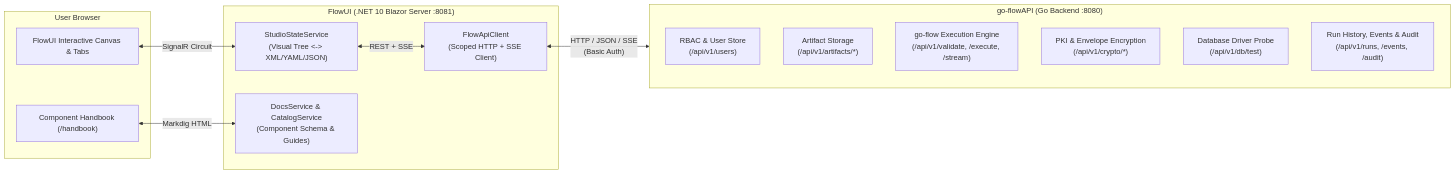
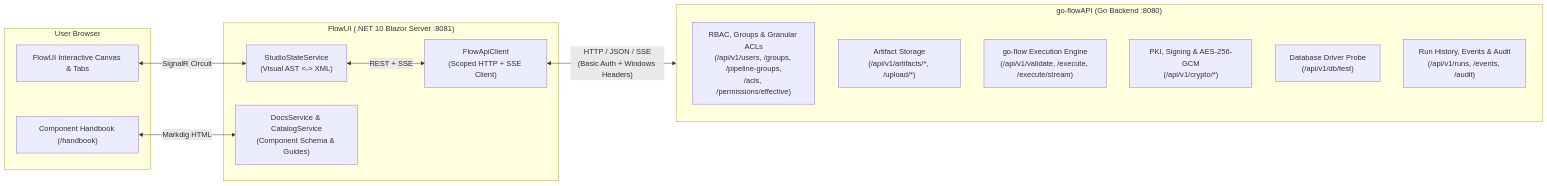
Before and after one commit to etl-madness/FlowUI: the diagram in FlowUI/Docs/flowui_and_goflowapi.md, drawn with Mermaid. The commit also changed other lines of this file and 21 other files, not shown here.

````diff
--- a/FlowUI/Docs/flowui_and_goflowapi.md
+++ b/FlowUI/Docs/flowui_and_goflowapi.md
@@ -75,27 +77,27 @@
 ```mermaid
 flowchart LR
     subgraph Browser["User Browser"]
         UI["FlowUI Interactive Canvas & Tabs"]
         HB["Component Handbook (/handbook)"]
     end
 
     subgraph FlowUI["FlowUI (.NET 10 Blazor Server :8081)"]
-        State["StudioStateService\n(Visual Tree <-> XML/YAML/JSON)"]
+        State["StudioStateService\n(Visual AST <-> XML)"]
         Docs["DocsService & CatalogService\n(Component Schema & Guides)"]
         Client["FlowApiClient\n(Scoped HTTP + SSE Client)"]
     end
 
     subgraph GoFlowAPI["go-flowAPI (Go Backend :8080)"]
-        Auth["RBAC & User Store\n(/api/v1/users)"]
-        Artifacts["Artifact Storage\n(/api/v1/artifacts/*)"]
-        Engine["go-flow Execution Engine\n(/api/v1/validate, /execute, /stream)"]
-        Crypto["PKI & Envelope Encryption\n(/api/v1/crypto/*)"]
+        Auth["RBAC, Groups & Granular ACLs\n(/api/v1/users, /groups, /pipeline-groups,\n/acls, /permissions/effective)"]
+        Artifacts["Artifact Storage\n(/api/v1/artifacts/*, /upload/*)"]
+        Engine["go-flow Execution Engine\n(/api/v1/validate, /execute, /execute/stream)"]
+        Crypto["PKI, Signing & AES-256-GCM\n(/api/v1/crypto/*)"]
         DBTest["Database Driver Probe\n(/api/v1/db/test)"]
         Telemetry["Run History, Events & Audit\n(/api/v1/runs, /events, /audit)"]
     end
 
     UI <-->|"SignalR Circuit"| State
     HB <-->|"Markdig HTML"| Docs
     State <-->|"REST + SSE"| Client
-    Client <-->|"HTTP / JSON / SSE\n(Basic Auth)"| GoFlowAPI
+    Client <-->|"HTTP / JSON / SSE\n(Basic Auth + Windows Headers)"| GoFlowAPI
 ```
````
